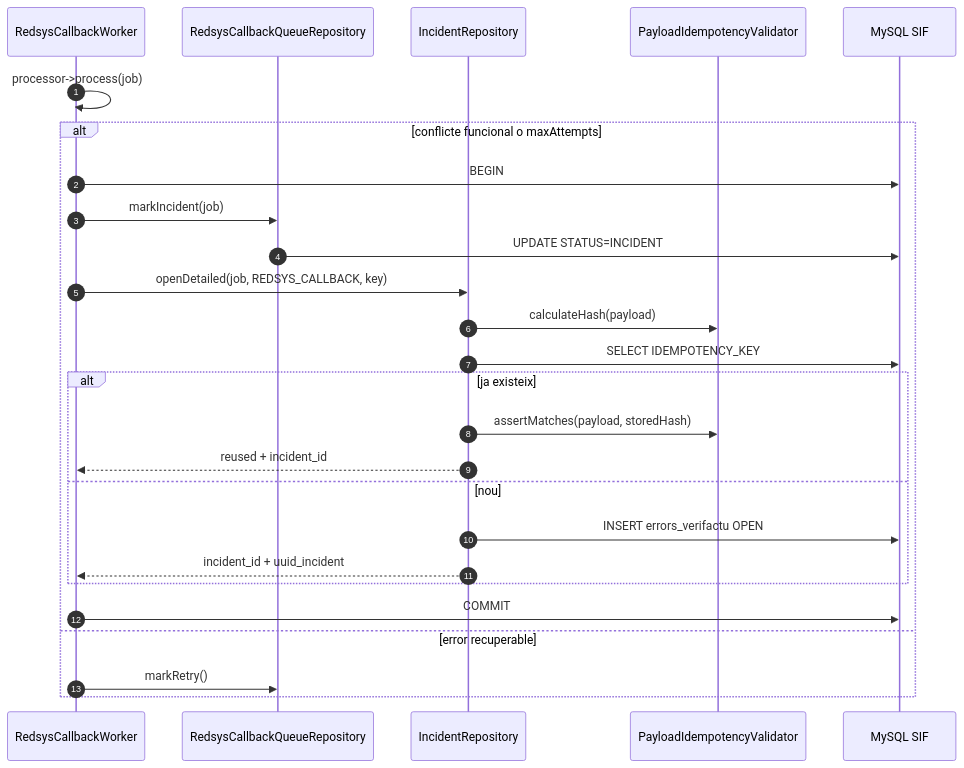
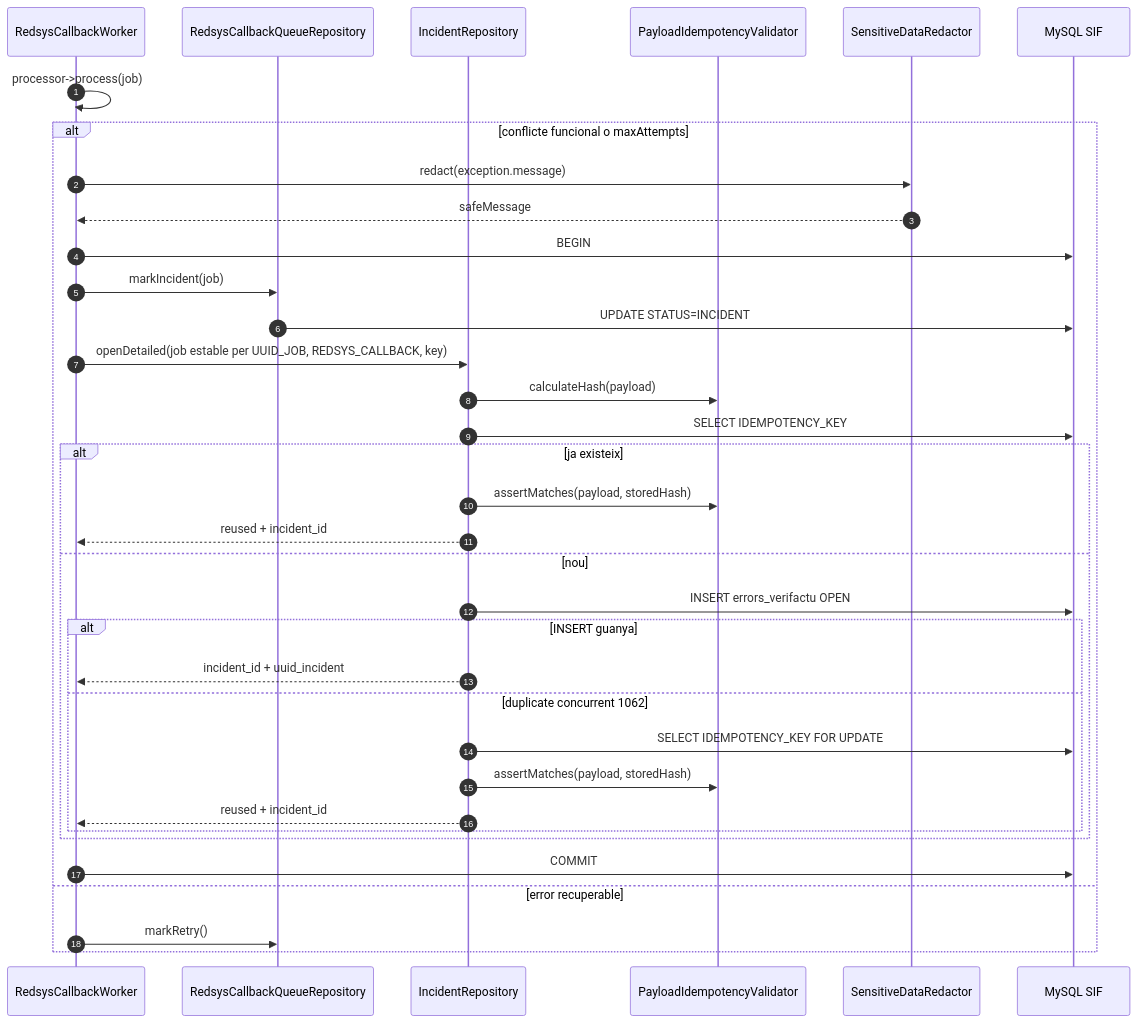
Before and after one commit to orgmeriemprismacat-del/verifactu: the first of 7 diagrams in documentacio/07-uml-integrat/uc-008-sequencies-actual-final.md, drawn with Mermaid. The commit also changed other lines of this file, not shown here.

Commit message:
docs(uc-008): reflectir current read redaccio i concurrencia en sequencies

````diff
--- a/documentacio/07-uml-integrat/uc-008-sequencies-actual-final.md
+++ b/documentacio/07-uml-integrat/uc-008-sequencies-actual-final.md
@@ -10,29 +10,38 @@
 ```mermaid
 sequenceDiagram
 autonumber
 participant W as RedsysCallbackWorker
 participant Q as RedsysCallbackQueueRepository
 participant I as IncidentRepository
 participant V as PayloadIdempotencyValidator
+participant R as SensitiveDataRedactor
 participant DB as MySQL SIF
 
 W->>W: processor->process(job)
 alt conflicte funcional o maxAttempts
+  W->>R: redact(exception.message)
+  R-->>W: safeMessage
   W->>DB: BEGIN
   W->>Q: markIncident(job)
   Q->>DB: UPDATE STATUS=INCIDENT
-  W->>I: openDetailed(job, REDSYS_CALLBACK, key)
+  W->>I: openDetailed(job estable per UUID_JOB, REDSYS_CALLBACK, key)
   I->>V: calculateHash(payload)
   I->>DB: SELECT IDEMPOTENCY_KEY
   alt ja existeix
     I->>V: assertMatches(payload, storedHash)
     I-->>W: reused + incident_id
   else nou
     I->>DB: INSERT errors_verifactu OPEN
-    I-->>W: incident_id + uuid_incident
+    alt INSERT guanya
+      I-->>W: incident_id + uuid_incident
+    else duplicate concurrent 1062
+      I->>DB: SELECT IDEMPOTENCY_KEY FOR UPDATE
+      I->>V: assertMatches(payload, storedHash)
+      I-->>W: reused + incident_id
+    end
   end
   W->>DB: COMMIT
 else error recuperable
   W->>Q: markRetry()
 end
 ```
````
